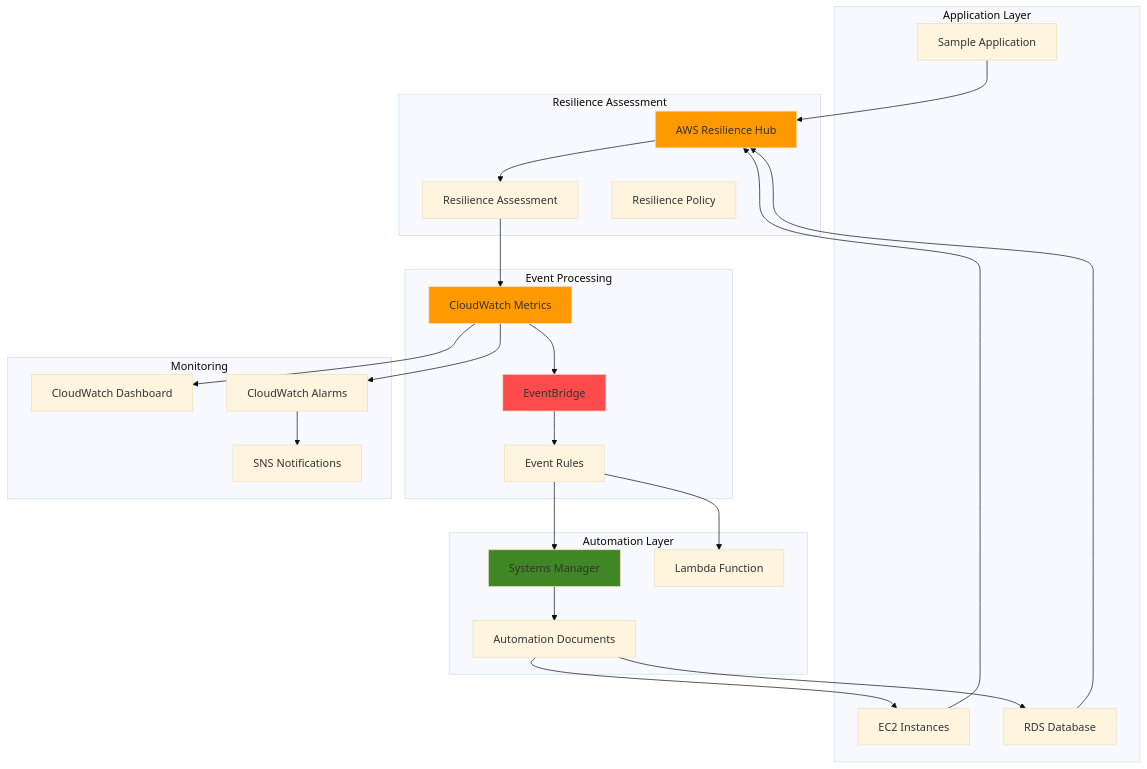
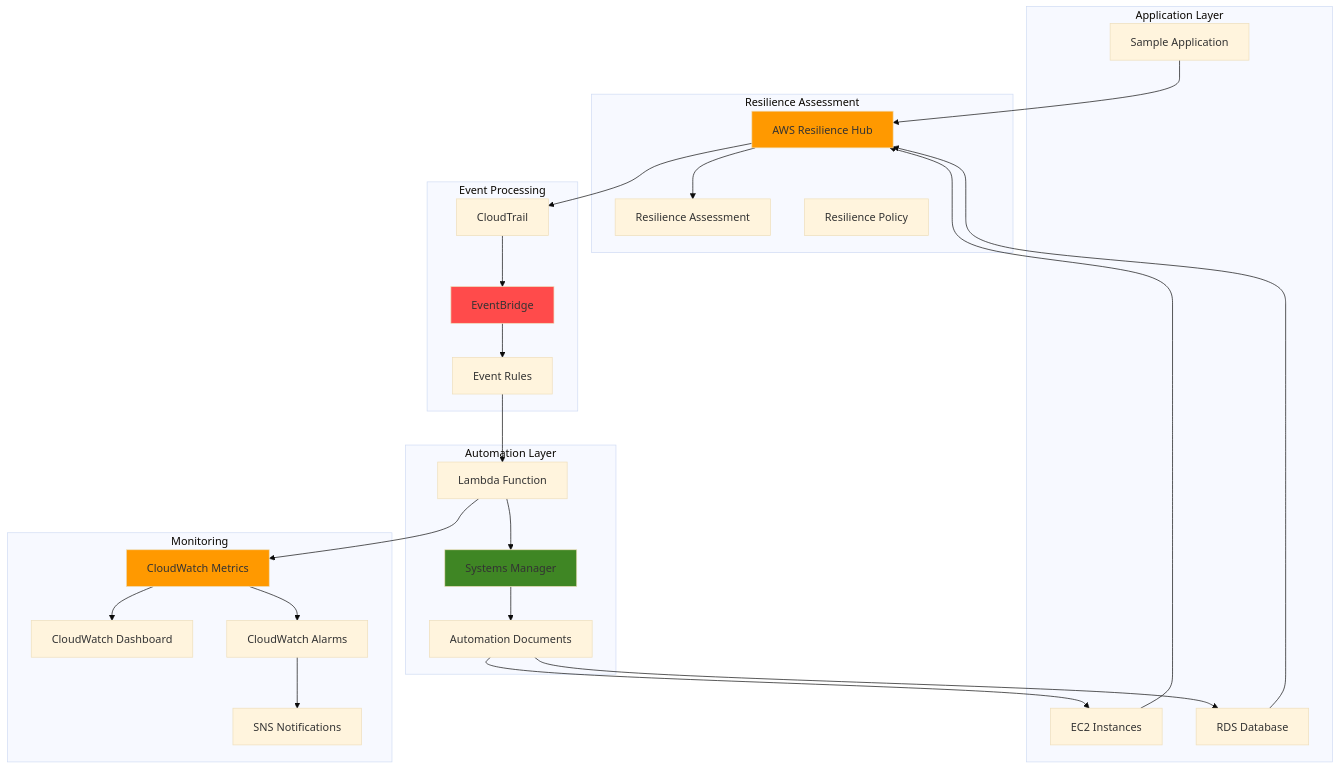
Before and after one commit to mzazon/awesome-cloud-projects: the diagram in aws/proactive-resilience-monitoring-resiliencehub-eventbridge/proactive-resilience-monitoring-resiliencehub-eventbridge.md, drawn with Mermaid (base theme). The commit also changed other lines of this file and 5581 other files, not shown here.

````diff
--- a/aws/proactive-resilience-monitoring-resiliencehub-eventbridge/proactive-resilience-monitoring-resiliencehub-eventbridge.md
+++ b/aws/proactive-resilience-monitoring-resiliencehub-eventbridge/proactive-resilience-monitoring-resiliencehub-eventbridge.md
@@ -30,56 +30,58 @@
 ```mermaid
 graph TB
     subgraph "Application Layer"
         APP[Sample Application]
         EC2[EC2 Instances]
         RDS[RDS Database]
     end
     
     subgraph "Resilience Assessment"
         RH[AWS Resilience Hub]
         ASSESS[Resilience Assessment]
         POLICY[Resilience Policy]
     end
     
     subgraph "Event Processing"
-        CW[CloudWatch Metrics]
+        CT[CloudTrail]
         EB[EventBridge]
         RULE[Event Rules]
     end
     
     subgraph "Automation Layer"
         SSM[Systems Manager]
         AUTO[Automation Documents]
         LAMBDA[Lambda Function]
     end
     
     subgraph "Monitoring"
+        CW[CloudWatch Metrics]
         DASH[CloudWatch Dashboard]
         ALARM[CloudWatch Alarms]
         SNS[SNS Notifications]
     end
     
     APP --> RH
     EC2 --> RH
     RDS --> RH
     
     RH --> ASSESS
-    ASSESS --> CW
-    CW --> EB
+    RH --> CT
+    CT --> EB
     EB --> RULE
-    RULE --> SSM
     RULE --> LAMBDA
     
+    LAMBDA --> CW
+    LAMBDA --> SSM
     SSM --> AUTO
     AUTO --> EC2
     AUTO --> RDS
     
     CW --> DASH
     CW --> ALARM
     ALARM --> SNS
     
     style RH fill:#FF9900
     style EB fill:#FF4B4B
     style SSM fill:#3F8624
     style CW fill:#FF9900
 ```
````
